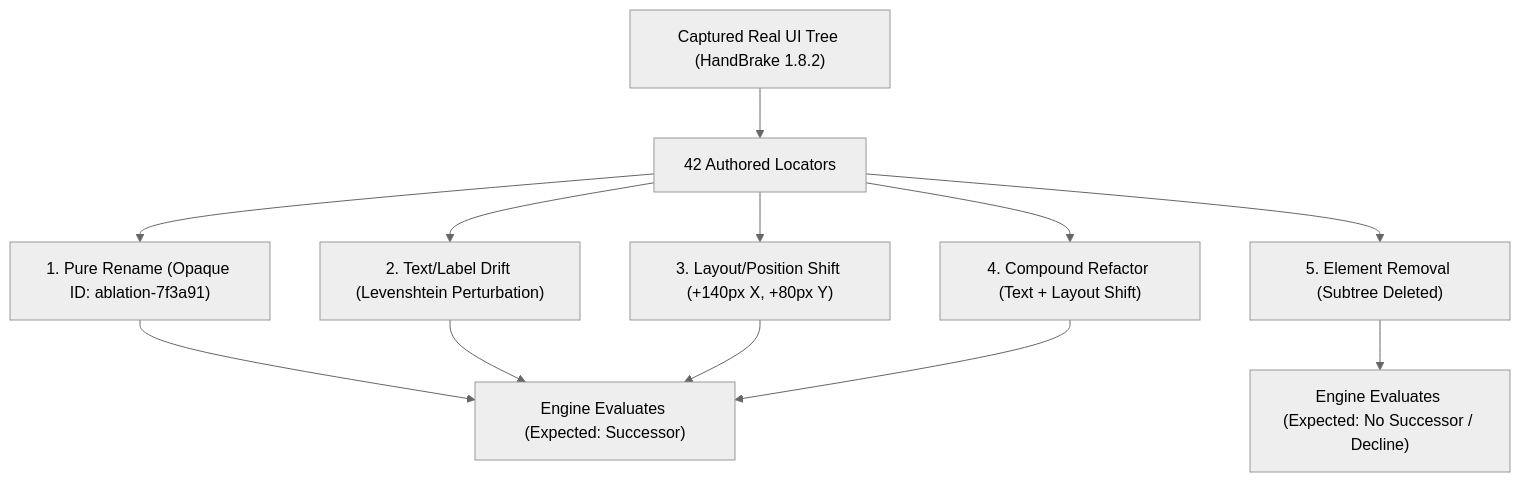
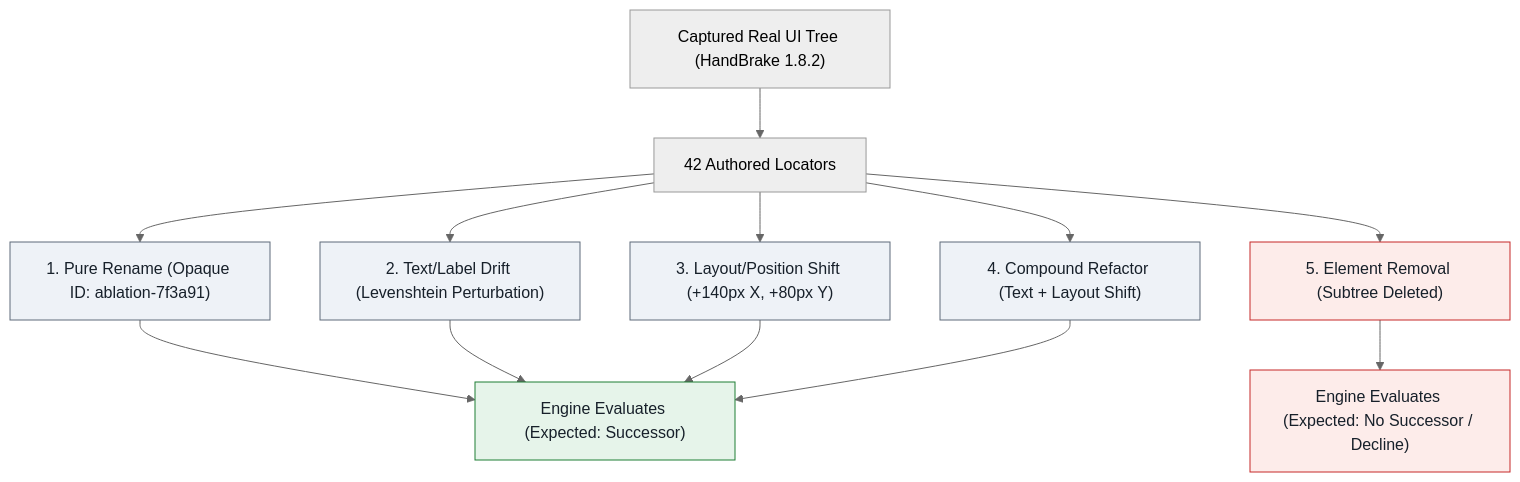
The first of 12 diagrams in docs/benchmark-calibration.md (mustafasercansak/automation-sandbox), drawn with Mermaid (neutral theme) before and after one commit. The commit also changed other lines of this file, not shown here.

Commit message:
fix: update benchmark calibration documentation with mutation tier details and score distributions (#125)

````diff
--- a/docs/benchmark-calibration.md
+++ b/docs/benchmark-calibration.md
@@ -27,12 +27,19 @@
 ```mermaid
 flowchart TD
     Source["Captured Real UI Tree (HandBrake 1.8.2)"] --> Targets["42 Authored Locators"]
     Targets --> M1["1. Pure Rename (Opaque ID: ablation-7f3a91)"]
     Targets --> M2["2. Text/Label Drift (Levenshtein Perturbation)"]
     Targets --> M3["3. Layout/Position Shift (+140px X, +80px Y)"]
     Targets --> M4["4. Compound Refactor (Text + Layout Shift)"]
     Targets --> M5["5. Element Removal (Subtree Deleted)"]
 
     M1 & M2 & M3 & M4 --> EvalSuccessor["Engine Evaluates (Expected: Successor)"]
     M5 --> EvalDecline["Engine Evaluates (Expected: No Successor / Decline)"]
+
+    classDef mutation fill:#eef2f7,stroke:#5f6b7a,color:#17202a;
+    classDef removal fill:#fdecea,stroke:#c62828,color:#17202a;
+    classDef survive fill:#e6f4ea,stroke:#1e7e34,color:#17202a;
+    class M1,M2,M3,M4 mutation;
+    class M5,EvalDecline removal;
+    class EvalSuccessor survive;
 ```
````
